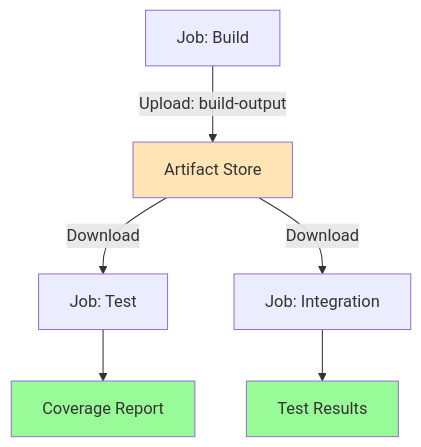
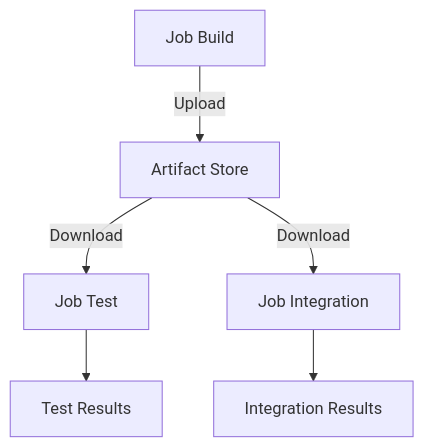
The sixth of 7 diagrams in doc/28-ci-cd.md (joseluisgs/TiendaDawApi-NetCore), drawn with Mermaid before and after one commit. The commit also changed other lines of this file, not shown here.

````diff
--- a/doc/28-ci-cd.md
+++ b/doc/28-ci-cd.md
@@ -404,13 +268,8 @@
 ```mermaid
 flowchart TD
-    A[Job: Build] -->|Upload: build-output| B[Artifact Store]
-    B -->|Download| C[Job: Test]
-    B -->|Download| D[Job: Integration]
-    
-    C --> E[Coverage Report]
-    D --> F[Test Results]
-    
-    style B fill:#FFE4B5
-    style E fill:#98FB98
-    style F fill:#98FB98
+    A[Job Build] -->|Upload| B[Artifact Store]
+    B -->|Download| C[Job Test]
+    B -->|Download| D[Job Integration]
+    C --> E[Test Results]
+    D --> F[Integration Results]
 ```
````
